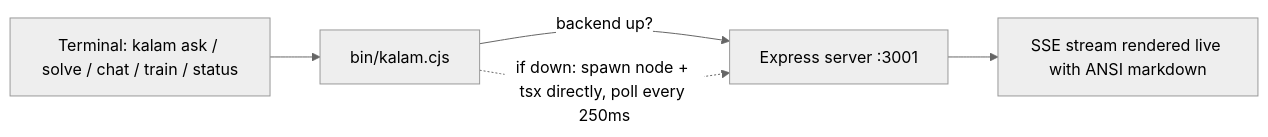
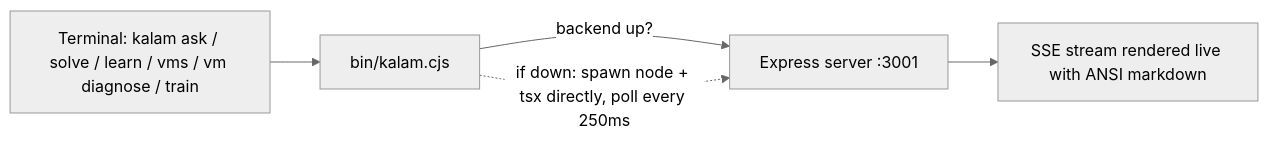
One commit to AdityaRam24/kalam changed the seventh of 7 diagrams in ARCHITECTURE.md. Above: the diagram before and after it, drawn with Mermaid (neutral theme). The commit also changed other lines of this file and 14 other files, not shown here.

````diff
--- a/ARCHITECTURE.md
+++ b/ARCHITECTURE.md
@@ -200,7 +260,7 @@
 ```mermaid
 flowchart LR
-    T["Terminal: kalam ask / solve / chat / train / status"] --> CLI["bin/kalam.cjs"]
+    T["Terminal: kalam ask / solve / learn / vms / vm diagnose / train"] --> CLI["bin/kalam.cjs"]
     CLI -->|"backend up?"| API["Express server :3001"]
     CLI -.->|"if down: spawn node + tsx directly, poll every 250ms"| API
     API --> ANSWER["SSE stream rendered live with ANSI markdown"]
 ```
````
